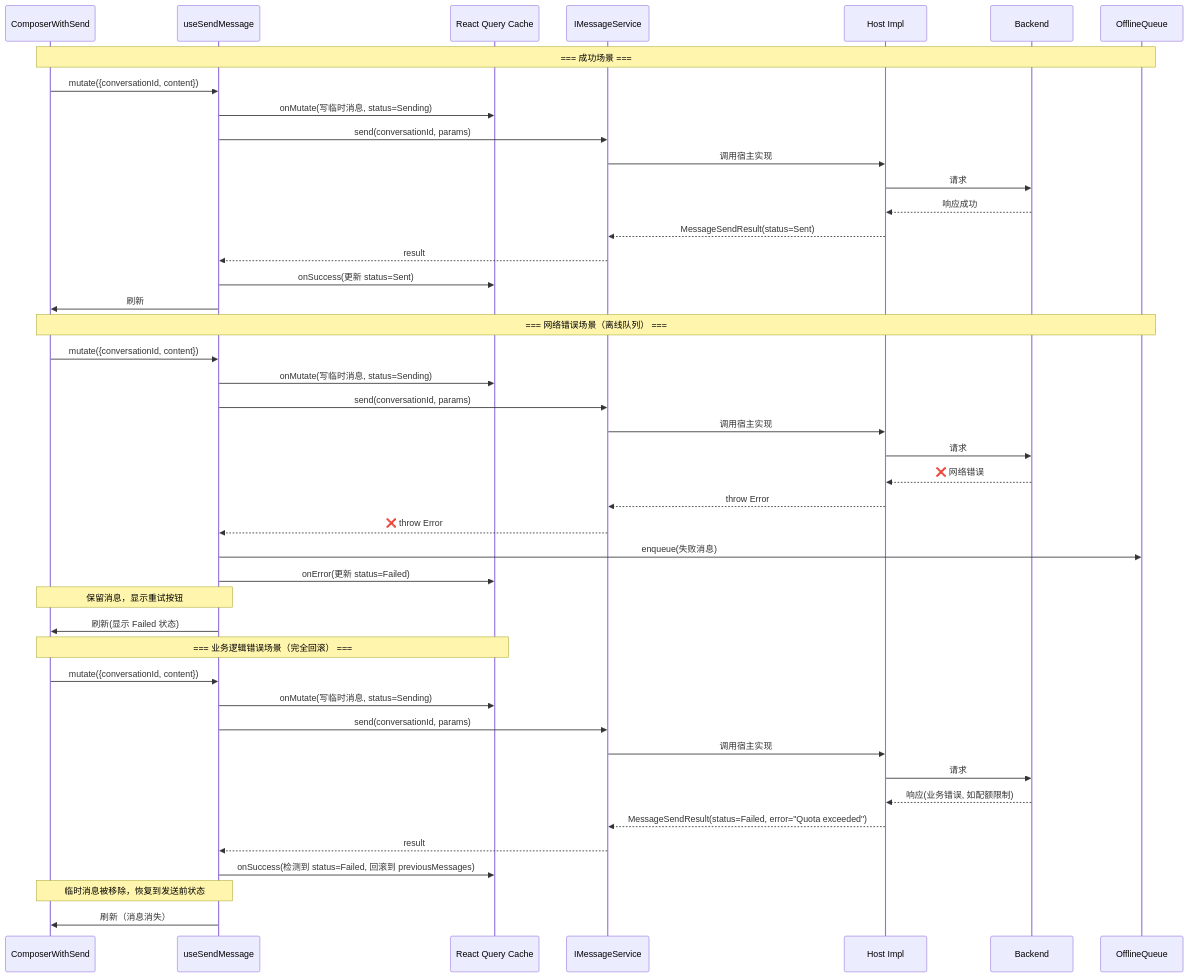
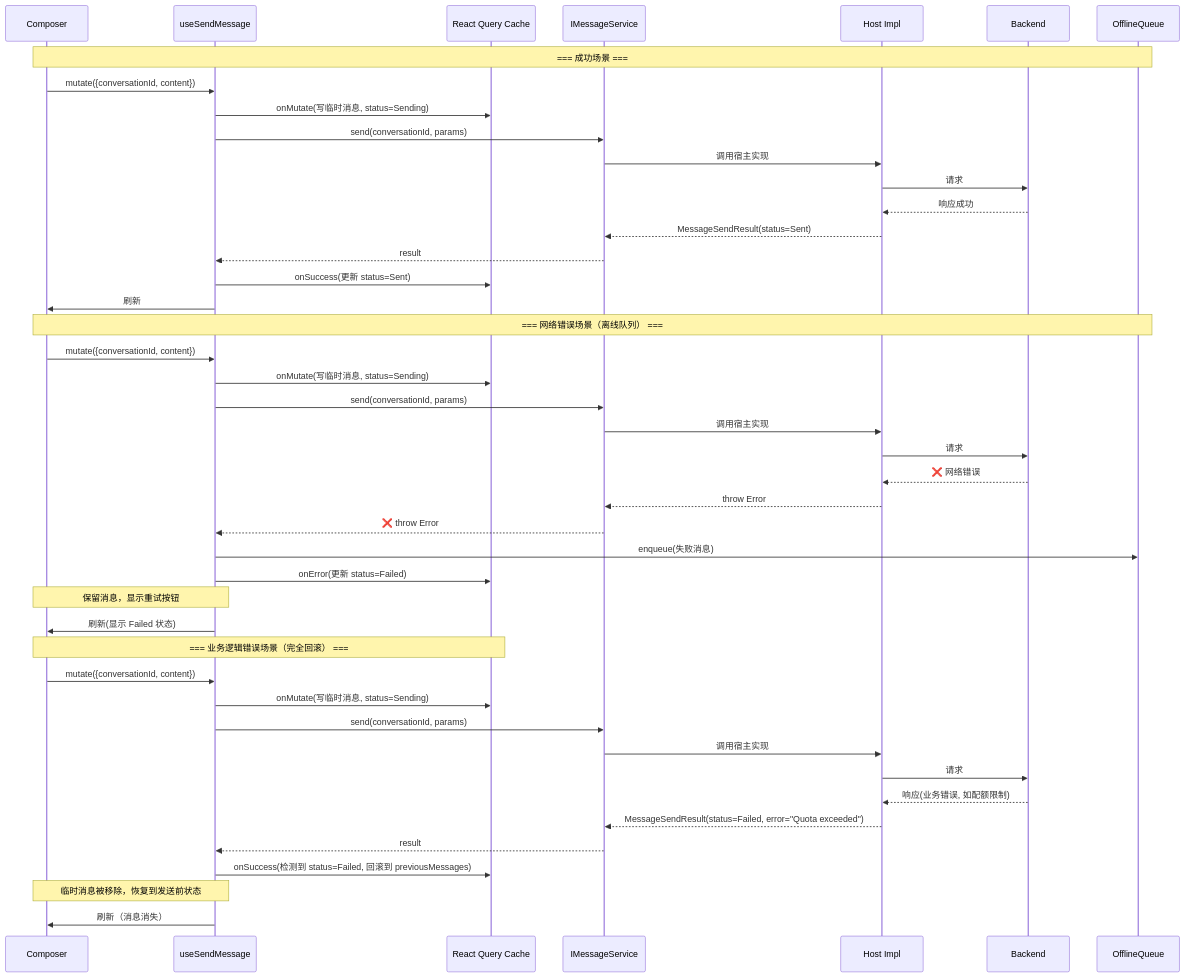
The second of 4 diagrams in design/architecture-diagrams.md (givingwu/bifrost-chat), drawn with Mermaid before and after one commit. The commit also changed other lines of this file and 26 other files, not shown here.

````diff
--- a/design/architecture-diagrams.md
+++ b/design/architecture-diagrams.md
@@ -34,49 +34,49 @@
 ```mermaid
 sequenceDiagram
-  participant UI as ComposerWithSend
+  participant UI as Composer
   participant Hook as useSendMessage
   participant Cache as React Query Cache
   participant Svc as IMessageService
   participant Host as Host Impl
   participant API as Backend
   participant Queue as OfflineQueue
 
   Note over UI,Queue: === 成功场景 ===
   UI->>Hook: mutate({conversationId, content})
   Hook->>Cache: onMutate(写临时消息, status=Sending)
   Hook->>Svc: send(conversationId, params)
   Svc->>Host: 调用宿主实现
   Host->>API: 请求
   API-->>Host: 响应成功
   Host-->>Svc: MessageSendResult(status=Sent)
   Svc-->>Hook: result
   Hook->>Cache: onSuccess(更新 status=Sent)
   Hook->>UI: 刷新
 
   Note over UI,Queue: === 网络错误场景（离线队列） ===
   UI->>Hook: mutate({conversationId, content})
   Hook->>Cache: onMutate(写临时消息, status=Sending)
   Hook->>Svc: send(conversationId, params)
   Svc->>Host: 调用宿主实现
   Host->>API: 请求
   API-->>Host: ❌ 网络错误
   Host-->>Svc: throw Error
   Svc-->>Hook: ❌ throw Error
   Hook->>Queue: enqueue(失败消息)
   Hook->>Cache: onError(更新 status=Failed)
   Note over Hook,UI: 保留消息，显示重试按钮
   Hook->>UI: 刷新(显示 Failed 状态)
 
   Note over UI,Cache: === 业务逻辑错误场景（完全回滚） ===
   UI->>Hook: mutate({conversationId, content})
   Hook->>Cache: onMutate(写临时消息, status=Sending)
   Hook->>Svc: send(conversationId, params)
   Svc->>Host: 调用宿主实现
   Host->>API: 请求
   API-->>Host: 响应(业务错误, 如配额限制)
   Host-->>Svc: MessageSendResult(status=Failed, error="Quota exceeded")
   Svc-->>Hook: result
   Hook->>Cache: onSuccess(检测到 status=Failed, 回滚到 previousMessages)
   Note over Hook,UI: 临时消息被移除，恢复到发送前状态
   Hook->>UI: 刷新（消息消失）
 ```
````
